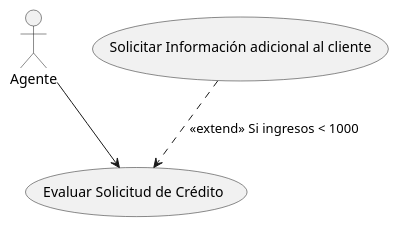
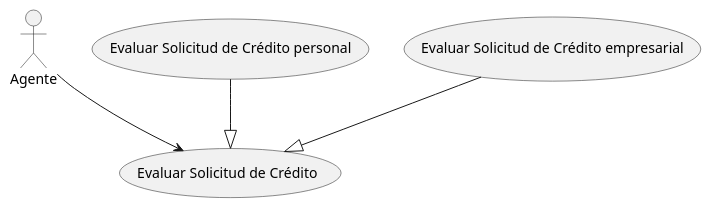
The diagram in Practica2UD12UML/src/Practica2.puml (JaimeSoftDev/Practica2UD12UML-Jaime-Macia-Mora), drawn with PlantUML before and after one commit.

Commit message:
Diagrama herencia

```diff
--- a/Practica2UD12UML/src/Practica2.puml
+++ b/Practica2UD12UML/src/Practica2.puml
@@ -1,8 +1,9 @@
 @startuml
 :Agente: as actor1
 (Evaluar Solicitud de Crédito) as UC1
-(Solicitar Información adicional al cliente) as UC2
+(Evaluar Solicitud de Crédito personal) as UC2
+(Evaluar Solicitud de Crédito empresarial) as UC3
 actor1 --> UC1
-UC2 ..> UC1 : <<extend>> Si ingresos < 1000
-
+UC2 --|> UC1
+UC3 --|> UC1
 @enduml
```
